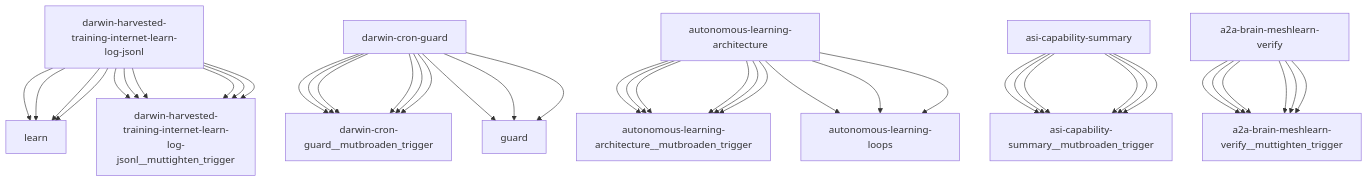
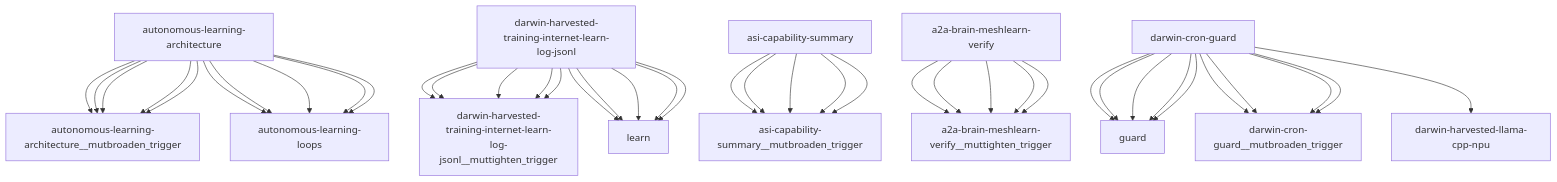
One commit to openamer/openamer changed the diagram in reports/darwin-report.md. Above: the diagram before and after it, drawn with Mermaid. The commit also changed other lines of this file and 19 other files, not shown here.

````diff
--- a/reports/darwin-report.md
+++ b/reports/darwin-report.md
@@ -75,43 +75,43 @@
 ```mermaid
 graph TD
-    darwin-harvested-training-internet-learn-log-jsonl["darwin-harvested-training-internet-learn-log-jsonl"] --> learn["learn"]
-    darwin-cron-guard["darwin-cron-guard"] --> darwin-cron-guard__mutbroaden_trigger["darwin-cron-guard__mutbroaden_trigger"]
     autonomous-learning-architecture["autonomous-learning-architecture"] --> autonomous-learning-architecture__mutbroaden_trigger["autonomous-learning-architecture__mutbroaden_trigger"]
     darwin-harvested-training-internet-learn-log-jsonl["darwin-harvested-training-internet-learn-log-jsonl"] --> darwin-harvested-training-internet-learn-log-jsonl__muttighten_trigger["darwin-harvested-training-internet-learn-log-jsonl__muttighten_trigger"]
     asi-capability-summary["asi-capability-summary"] --> asi-capability-summary__mutbroaden_trigger["asi-capability-summary__mutbroaden_trigger"]
     a2a-brain-meshlearn-verify["a2a-brain-meshlearn-verify"] --> a2a-brain-meshlearn-verify__muttighten_trigger["a2a-brain-meshlearn-verify__muttighten_trigger"]
-    darwin-cron-guard["darwin-cron-guard"] --> darwin-cron-guard__mutbroaden_trigger["darwin-cron-guard__mutbroaden_trigger"]
-    autonomous-learning-architecture["autonomous-learning-architecture"] --> autonomous-learning-architecture__mutbroaden_trigger["autonomous-learning-architecture__mutbroaden_trigger"]
-    darwin-harvested-training-internet-learn-log-jsonl["darwin-harvested-training-internet-learn-log-jsonl"] --> darwin-harvested-training-internet-learn-log-jsonl__muttighten_trigger["darwin-harvested-training-internet-learn-log-jsonl__muttighten_trigger"]
-    asi-capability-summary["asi-capability-summary"] --> asi-capability-summary__mutbroaden_trigger["asi-capability-summary__mutbroaden_trigger"]
-    a2a-brain-meshlearn-verify["a2a-brain-meshlearn-verify"] --> a2a-brain-meshlearn-verify__muttighten_trigger["a2a-brain-meshlearn-verify__muttighten_trigger"]
-    darwin-cron-guard["darwin-cron-guard"] --> darwin-cron-guard__mutbroaden_trigger["darwin-cron-guard__mutbroaden_trigger"]
-    autonomous-learning-architecture["autonomous-learning-architecture"] --> autonomous-learning-architecture__mutbroaden_trigger["autonomous-learning-architecture__mutbroaden_trigger"]
-    darwin-harvested-training-internet-learn-log-jsonl["darwin-harvested-training-internet-learn-log-jsonl"] --> darwin-harvested-training-internet-learn-log-jsonl__muttighten_trigger["darwin-harvested-training-internet-learn-log-jsonl__muttighten_trigger"]
-    asi-capability-summary["asi-capability-summary"] --> asi-capability-summary__mutbroaden_trigger["asi-capability-summary__mutbroaden_trigger"]
-    a2a-brain-meshlearn-verify["a2a-brain-meshlearn-verify"] --> a2a-brain-meshlearn-verify__muttighten_trigger["a2a-brain-meshlearn-verify__muttighten_trigger"]
+    darwin-cron-guard["darwin-cron-guard"] --> guard["guard"]
+    autonomous-learning-architecture["autonomous-learning-architecture"] --> autonomous-learning-loops["autonomous-learning-loops"]
+    darwin-harvested-training-internet-learn-log-jsonl["darwin-harvested-training-internet-learn-log-jsonl"] --> learn["learn"]
     darwin-cron-guard["darwin-cron-guard"] --> darwin-cron-guard__mutbroaden_trigger["darwin-cron-guard__mutbroaden_trigger"]
     autonomous-learning-architecture["autonomous-learning-architecture"] --> autonomous-learning-architecture__mutbroaden_trigger["autonomous-learning-architecture__mutbroaden_trigger"]
     darwin-harvested-training-internet-learn-log-jsonl["darwin-harvested-training-internet-learn-log-jsonl"] --> darwin-harvested-training-internet-learn-log-jsonl__muttighten_trigger["darwin-harvested-training-internet-learn-log-jsonl__muttighten_trigger"]
     asi-capability-summary["asi-capability-summary"] --> asi-capability-summary__mutbroaden_trigger["asi-capability-summary__mutbroaden_trigger"]
     a2a-brain-meshlearn-verify["a2a-brain-meshlearn-verify"] --> a2a-brain-meshlearn-verify__muttighten_trigger["a2a-brain-meshlearn-verify__muttighten_trigger"]
     darwin-cron-guard["darwin-cron-guard"] --> guard["guard"]
     autonomous-learning-architecture["autonomous-learning-architecture"] --> autonomous-learning-loops["autonomous-learning-loops"]
     darwin-harvested-training-internet-learn-log-jsonl["darwin-harvested-training-internet-learn-log-jsonl"] --> learn["learn"]
     darwin-cron-guard["darwin-cron-guard"] --> darwin-cron-guard__mutbroaden_trigger["darwin-cron-guard__mutbroaden_trigger"]
     autonomous-learning-architecture["autonomous-learning-architecture"] --> autonomous-learning-architecture__mutbroaden_trigger["autonomous-learning-architecture__mutbroaden_trigger"]
     darwin-harvested-training-internet-learn-log-jsonl["darwin-harvested-training-internet-learn-log-jsonl"] --> darwin-harvested-training-internet-learn-log-jsonl__muttighten_trigger["darwin-harvested-training-internet-learn-log-jsonl__muttighten_trigger"]
     asi-capability-summary["asi-capability-summary"] --> asi-capability-summary__mutbroaden_trigger["asi-capability-summary__mutbroaden_trigger"]
     a2a-brain-meshlearn-verify["a2a-brain-meshlearn-verify"] --> a2a-brain-meshlearn-verify__muttighten_trigger["a2a-brain-meshlearn-verify__muttighten_trigger"]
     darwin-cron-guard["darwin-cron-guard"] --> guard["guard"]
     autonomous-learning-architecture["autonomous-learning-architecture"] --> autonomous-learning-loops["autonomous-learning-loops"]
     darwin-harvested-training-internet-learn-log-jsonl["darwin-harvested-training-internet-learn-log-jsonl"] --> learn["learn"]
     darwin-cron-guard["darwin-cron-guard"] --> darwin-cron-guard__mutbroaden_trigger["darwin-cron-guard__mutbroaden_trigger"]
     autonomous-learning-architecture["autonomous-learning-architecture"] --> autonomous-learning-architecture__mutbroaden_trigger["autonomous-learning-architecture__mutbroaden_trigger"]
     darwin-harvested-training-internet-learn-log-jsonl["darwin-harvested-training-internet-learn-log-jsonl"] --> darwin-harvested-training-internet-learn-log-jsonl__muttighten_trigger["darwin-harvested-training-internet-learn-log-jsonl__muttighten_trigger"]
     asi-capability-summary["asi-capability-summary"] --> asi-capability-summary__mutbroaden_trigger["asi-capability-summary__mutbroaden_trigger"]
     a2a-brain-meshlearn-verify["a2a-brain-meshlearn-verify"] --> a2a-brain-meshlearn-verify__muttighten_trigger["a2a-brain-meshlearn-verify__muttighten_trigger"]
     darwin-cron-guard["darwin-cron-guard"] --> guard["guard"]
     autonomous-learning-architecture["autonomous-learning-architecture"] --> autonomous-learning-loops["autonomous-learning-loops"]
     darwin-harvested-training-internet-learn-log-jsonl["darwin-harvested-training-internet-learn-log-jsonl"] --> learn["learn"]
+    darwin-cron-guard["darwin-cron-guard"] --> darwin-cron-guard__mutbroaden_trigger["darwin-cron-guard__mutbroaden_trigger"]
+    autonomous-learning-architecture["autonomous-learning-architecture"] --> autonomous-learning-architecture__mutbroaden_trigger["autonomous-learning-architecture__mutbroaden_trigger"]
+    darwin-harvested-training-internet-learn-log-jsonl["darwin-harvested-training-internet-learn-log-jsonl"] --> darwin-harvested-training-internet-learn-log-jsonl__muttighten_trigger["darwin-harvested-training-internet-learn-log-jsonl__muttighten_trigger"]
+    asi-capability-summary["asi-capability-summary"] --> asi-capability-summary__mutbroaden_trigger["asi-capability-summary__mutbroaden_trigger"]
+    a2a-brain-meshlearn-verify["a2a-brain-meshlearn-verify"] --> a2a-brain-meshlearn-verify__muttighten_trigger["a2a-brain-meshlearn-verify__muttighten_trigger"]
+    darwin-cron-guard["darwin-cron-guard"] --> darwin-harvested-llama-cpp-npu["darwin-harvested-llama-cpp-npu"]
+    darwin-cron-guard["darwin-cron-guard"] --> guard["guard"]
+    autonomous-learning-architecture["autonomous-learning-architecture"] --> autonomous-learning-loops["autonomous-learning-loops"]
+    darwin-harvested-training-internet-learn-log-jsonl["darwin-harvested-training-internet-learn-log-jsonl"] --> learn["learn"]
 ```
````
